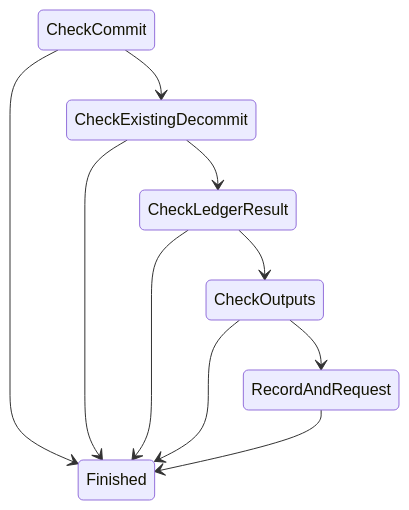
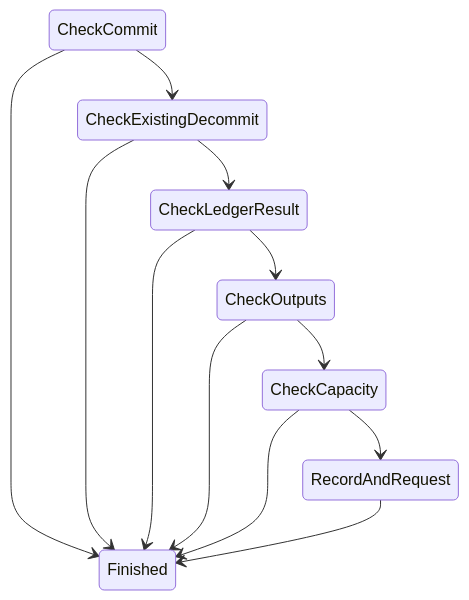
One commit to cardano-scaling/hydra changed the diagram in docs/docs/dev/architecture/head-logic-experiments/workflows/req-dec-record-topology.mmd. Above: the diagram before and after it, drawn with Mermaid. The commit also changed 54 other files, not shown here.

Commit message:
Check snapshot capacity before requesting a round and prune blocked work

```diff
--- a/docs/docs/dev/architecture/head-logic-experiments/workflows/req-dec-record-topology.mmd
+++ b/docs/docs/dev/architecture/head-logic-experiments/workflows/req-dec-record-topology.mmd
@@ -1,17 +1,20 @@
 stateDiagram-v2
 
 CheckCommit
 CheckExistingDecommit
 CheckLedgerResult
 CheckOutputs
+CheckCapacity
 RecordAndRequest
 Finished
 CheckCommit --> CheckExistingDecommit
 CheckCommit --> Finished
 CheckExistingDecommit --> CheckLedgerResult
 CheckExistingDecommit --> Finished
 CheckLedgerResult --> CheckOutputs
 CheckLedgerResult --> Finished
-CheckOutputs --> RecordAndRequest
+CheckOutputs --> CheckCapacity
 CheckOutputs --> Finished
+CheckCapacity --> RecordAndRequest
+CheckCapacity --> Finished
 RecordAndRequest --> Finished
```
